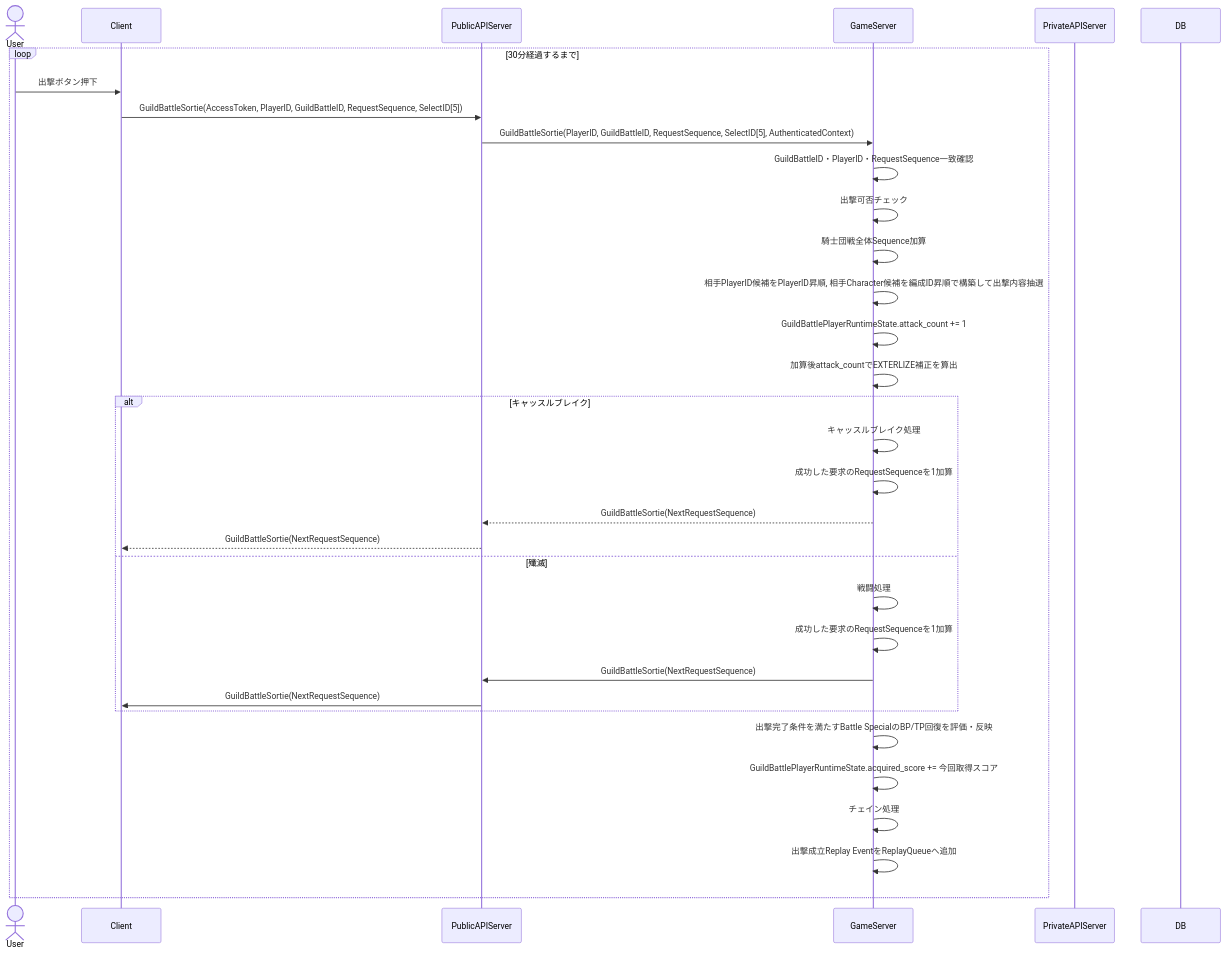
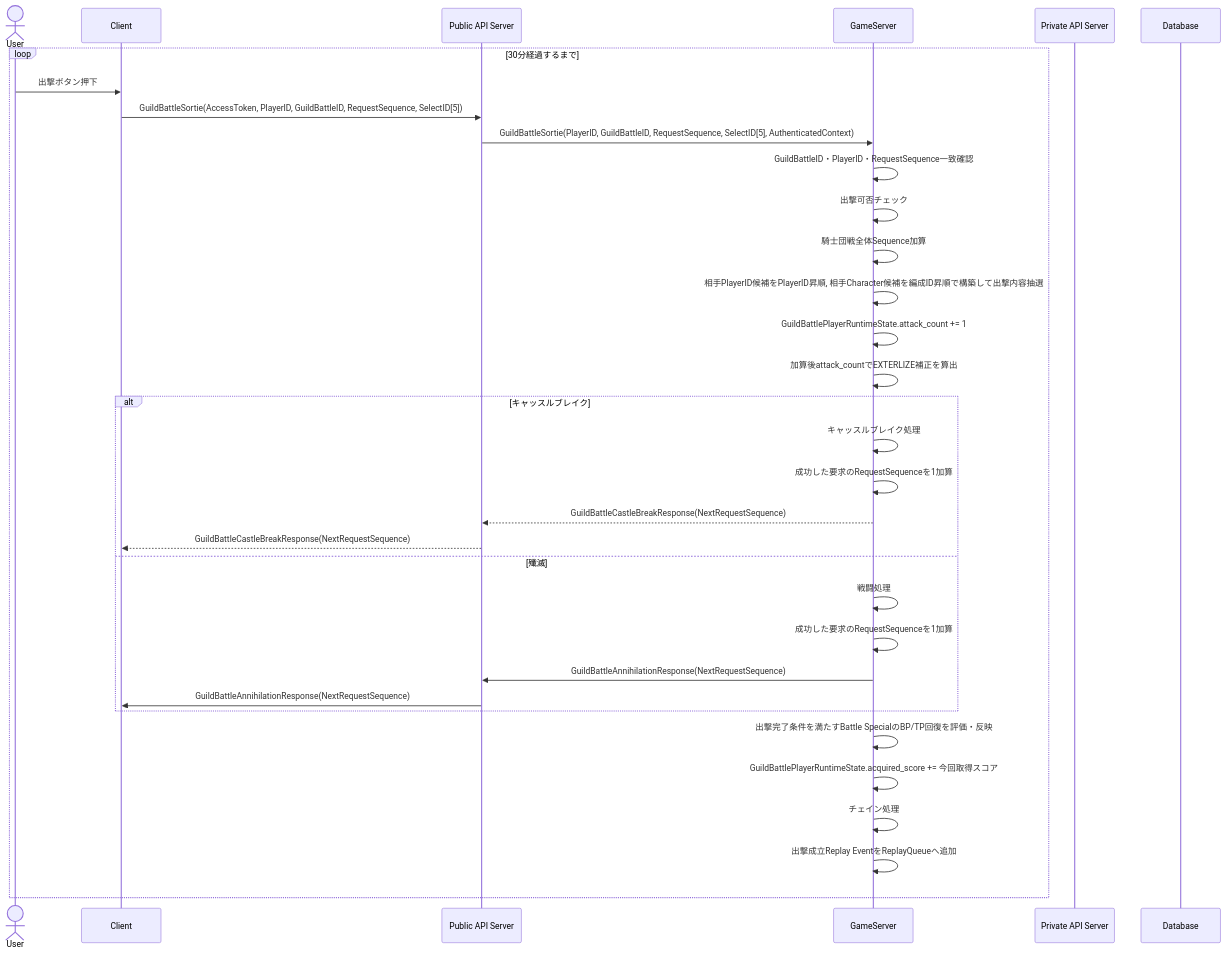
Before and after one commit to ReHydrangeaOdyssey/Specifications: the fourth of 13 diagrams in design/server/guild_battle.md, drawn with Mermaid. The commit also changed other lines of this file and 12 other files, not shown here.

Commit message:
図などの名称の統一

````diff
--- a/design/server/guild_battle.md
+++ b/design/server/guild_battle.md
@@ -249,39 +249,39 @@
 ```mermaid
 sequenceDiagram
     actor User
     participant Client
-    participant PublicAPIServer
+    participant PublicAPIServer as Public API Server
     participant GameServer
-    participant PrivateAPIServer
-    participant DB
+    participant PrivateAPIServer as Private API Server
+    participant Database
 
     loop 30分経過するまで
         User ->> Client: 出撃ボタン押下
         Client ->> PublicAPIServer: GuildBattleSortie(AccessToken, PlayerID, GuildBattleID, RequestSequence, SelectID[5])
         PublicAPIServer ->> GameServer: GuildBattleSortie(PlayerID, GuildBattleID, RequestSequence, SelectID[5], AuthenticatedContext)
         GameServer ->> GameServer: GuildBattleID・PlayerID・RequestSequence一致確認
         GameServer ->> GameServer: 出撃可否チェック
         GameServer ->> GameServer: 騎士団戦全体Sequence加算
         GameServer ->> GameServer: 相手PlayerID候補をPlayerID昇順, 相手Character候補を編成ID昇順で構築して出撃内容抽選
         GameServer ->> GameServer: GuildBattlePlayerRuntimeState.attack_count += 1
         GameServer ->> GameServer: 加算後attack_countでEXTERLIZE補正を算出
 
         alt キャッスルブレイク
             GameServer ->> GameServer: キャッスルブレイク処理
             GameServer->>GameServer: 成功した要求のRequestSequenceを1加算
-            GameServer -->> PublicAPIServer: GuildBattleSortie(NextRequestSequence)
-            PublicAPIServer -->> Client: GuildBattleSortie(NextRequestSequence)
+            GameServer -->> PublicAPIServer: GuildBattleCastleBreakResponse(NextRequestSequence)
+            PublicAPIServer -->> Client: GuildBattleCastleBreakResponse(NextRequestSequence)
         else 殲滅
             GameServer ->> GameServer: 戦闘処理
             GameServer->>GameServer: 成功した要求のRequestSequenceを1加算
-            GameServer ->> PublicAPIServer: GuildBattleSortie(NextRequestSequence)
-            PublicAPIServer ->> Client: GuildBattleSortie(NextRequestSequence)
+            GameServer ->> PublicAPIServer: GuildBattleAnnihilationResponse(NextRequestSequence)
+            PublicAPIServer ->> Client: GuildBattleAnnihilationResponse(NextRequestSequence)
         end
 
         GameServer ->> GameServer: 出撃完了条件を満たすBattle SpecialのBP/TP回復を評価・反映
         GameServer ->> GameServer: GuildBattlePlayerRuntimeState.acquired_score += 今回取得スコア
         GameServer ->> GameServer: チェイン処理
 
         GameServer ->> GameServer: 出撃成立Replay EventをReplayQueueへ追加
     end
 ```
````
